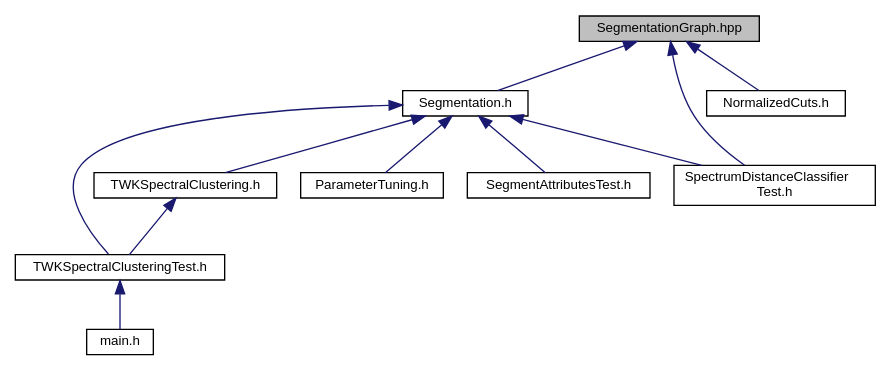
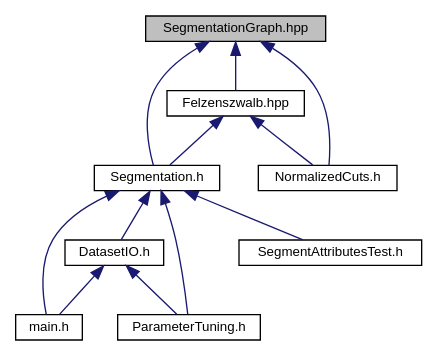
The diagram in _segmentation_graph_8hpp__dep__incl.dot (alexisVallet/animation-character-identification), drawn with Graphviz before and after one commit. The commit also changed 437 other files, not shown here.

```diff
--- a/_segmentation_graph_8hpp__dep__incl.dot
+++ b/_segmentation_graph_8hpp__dep__incl.dot
@@ -1,24 +1,24 @@
 digraph "SegmentationGraph.hpp"
 {
   edge [fontname="Helvetica",fontsize="10",labelfontname="Helvetica",labelfontsize="10"];
   node [fontname="Helvetica",fontsize="10",shape=record];
   Node1 [label="SegmentationGraph.hpp",height=0.2,width=0.4,color="black", fillcolor="grey75", style="filled" fontcolor="black"];
   Node1 -> Node2 [dir="back",color="midnightblue",fontsize="10",style="solid",fontname="Helvetica"];
   Node2 [label="Segmentation.h",height=0.2,width=0.4,color="black", fillcolor="white", style="filled",URL="$_segmentation_8h.html"];
   Node2 -> Node3 [dir="back",color="midnightblue",fontsize="10",style="solid",fontname="Helvetica"];
-  Node3 [label="TWKSpectralClusteringTest.h",height=0.2,width=0.4,color="black", fillcolor="white", style="filled",URL="$_t_w_k_spectral_clustering_test_8h_source.html"];
+  Node3 [label="DatasetIO.h",height=0.2,width=0.4,color="black", fillcolor="white", style="filled",URL="$_dataset_i_o_8h_source.html"];
   Node3 -> Node4 [dir="back",color="midnightblue",fontsize="10",style="solid",fontname="Helvetica"];
   Node4 [label="main.h",height=0.2,width=0.4,color="black", fillcolor="white", style="filled",URL="$main_8h_source.html"];
+  Node3 -> Node5 [dir="back",color="midnightblue",fontsize="10",style="solid",fontname="Helvetica"];
+  Node5 [label="ParameterTuning.h",height=0.2,width=0.4,color="black", fillcolor="white", style="filled",URL="$_parameter_tuning_8h_source.html"];
+  Node2 -> Node4 [dir="back",color="midnightblue",fontsize="10",style="solid",fontname="Helvetica"];
   Node2 -> Node5 [dir="back",color="midnightblue",fontsize="10",style="solid",fontname="Helvetica"];
-  Node5 [label="TWKSpectralClustering.h",height=0.2,width=0.4,color="black", fillcolor="white", style="filled",URL="$_t_w_k_spectral_clustering_8h.html"];
-  Node5 -> Node3 [dir="back",color="midnightblue",fontsize="10",style="solid",fontname="Helvetica"];
   Node2 -> Node6 [dir="back",color="midnightblue",fontsize="10",style="solid",fontname="Helvetica"];
-  Node6 [label="ParameterTuning.h",height=0.2,width=0.4,color="black", fillcolor="white", style="filled",URL="$_parameter_tuning_8h_source.html"];
-  Node2 -> Node7 [dir="back",color="midnightblue",fontsize="10",style="solid",fontname="Helvetica"];
-  Node7 [label="SegmentAttributesTest.h",height=0.2,width=0.4,color="black", fillcolor="white", style="filled",URL="$_segment_attributes_test_8h_source.html"];
-  Node2 -> Node8 [dir="back",color="midnightblue",fontsize="10",style="solid",fontname="Helvetica"];
-  Node8 [label="SpectrumDistanceClassifier\lTest.h",height=0.2,width=0.4,color="black", fillcolor="white", style="filled",URL="$_spectrum_distance_classifier_test_8h_source.html"];
-  Node1 -> Node9 [dir="back",color="midnightblue",fontsize="10",style="solid",fontname="Helvetica"];
-  Node9 [label="NormalizedCuts.h",height=0.2,width=0.4,color="black", fillcolor="white", style="filled",URL="$_normalized_cuts_8h.html"];
+  Node6 [label="SegmentAttributesTest.h",height=0.2,width=0.4,color="black", fillcolor="white", style="filled",URL="$_segment_attributes_test_8h_source.html"];
+  Node1 -> Node7 [dir="back",color="midnightblue",fontsize="10",style="solid",fontname="Helvetica"];
+  Node7 [label="Felzenszwalb.hpp",height=0.2,width=0.4,color="black", fillcolor="white", style="filled",URL="$_felzenszwalb_8hpp.html"];
+  Node7 -> Node2 [dir="back",color="midnightblue",fontsize="10",style="solid",fontname="Helvetica"];
+  Node7 -> Node8 [dir="back",color="midnightblue",fontsize="10",style="solid",fontname="Helvetica"];
+  Node8 [label="NormalizedCuts.h",height=0.2,width=0.4,color="black", fillcolor="white", style="filled",URL="$_normalized_cuts_8h.html"];
   Node1 -> Node8 [dir="back",color="midnightblue",fontsize="10",style="solid",fontname="Helvetica"];
 }
```
